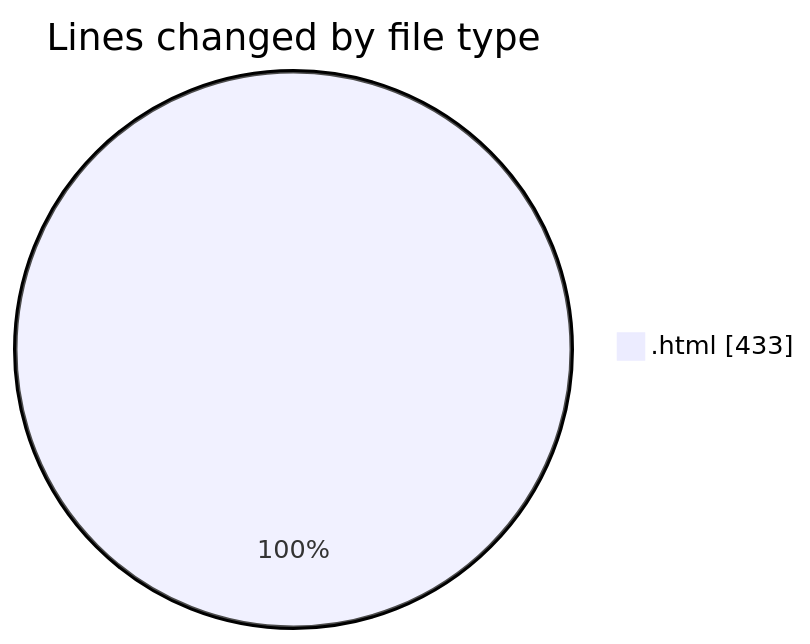
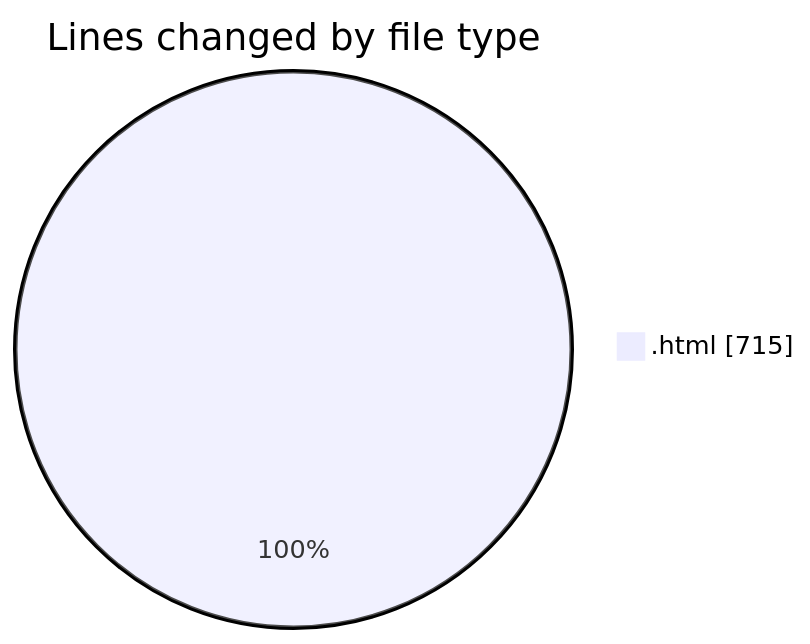
One commit to nxtqubesakshisongat/code-tracking changed the first of 2 diagrams in 2025-08-09/nxtqube_webapp/README.md. Above: the diagram before and after it, drawn with Mermaid. The commit also changed other lines of this file and 1 other file, not shown here.

````diff
--- a/2025-08-09/nxtqube_webapp/README.md
+++ b/2025-08-09/nxtqube_webapp/README.md
@@ -20,5 +20,5 @@
 ```mermaid
 pie showData
 title Lines changed by file type
-".html" : 433
+".html" : 715
 ```
````
